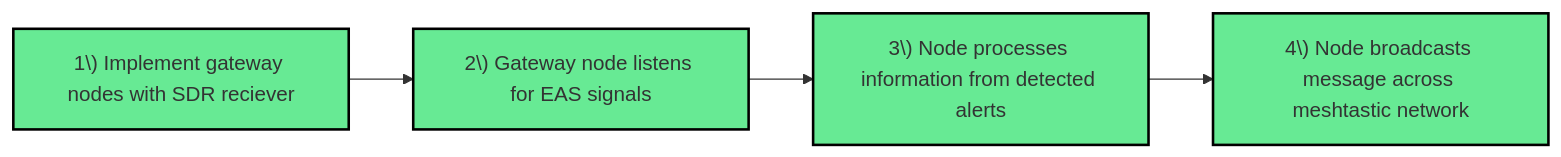
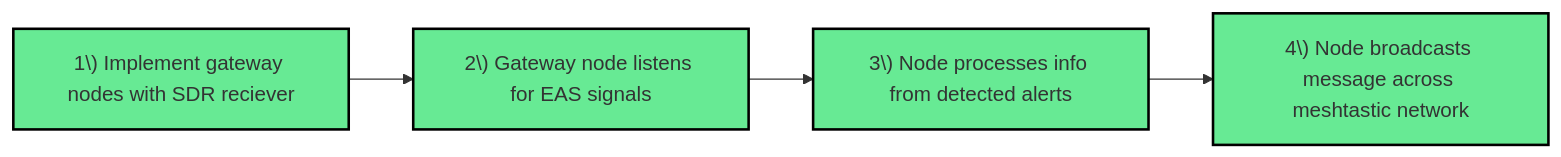
The third of 3 diagrams in CommsAppBuilding&EASGuide.md (hmelner/MeshtasticNetworkGuide), drawn with Mermaid before and after one commit.

````diff
--- a/CommsAppBuilding&EASGuide.md
+++ b/CommsAppBuilding&EASGuide.md
@@ -60,15 +60,15 @@
 ```mermaid
   graph LR
   A["1\) Implement gateway nodes with SDR reciever"]
   style A fill:#67ea94,stroke:#000000,stroke-width:2px
   B["2\) Gateway node listens for EAS signals"]
   style B fill:#67ea94,stroke:#000000,stroke-width:2px
-  C["3\) Node processes information from detected alerts"]
+  C["3\) Node processes info from detected alerts"]
   style C fill:#67ea94,stroke:#000000,stroke-width:2px
   D["4\) Node broadcasts message across meshtastic network"]
   style D fill:#67ea94,stroke:#000000,stroke-width:2px
 
   A-->B
   B-->C
   C-->D
 ```
````
